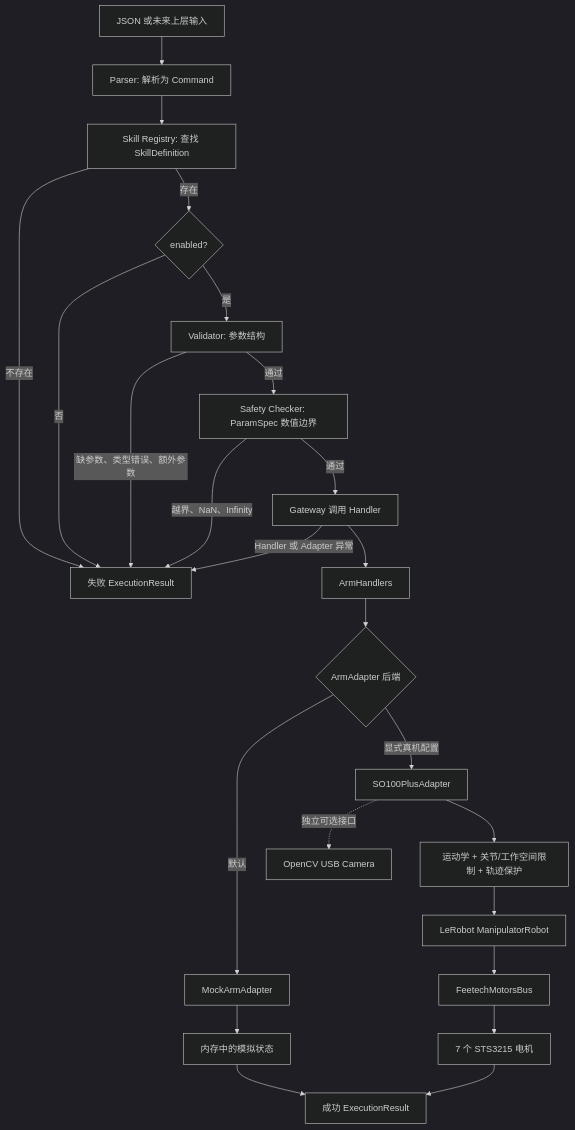
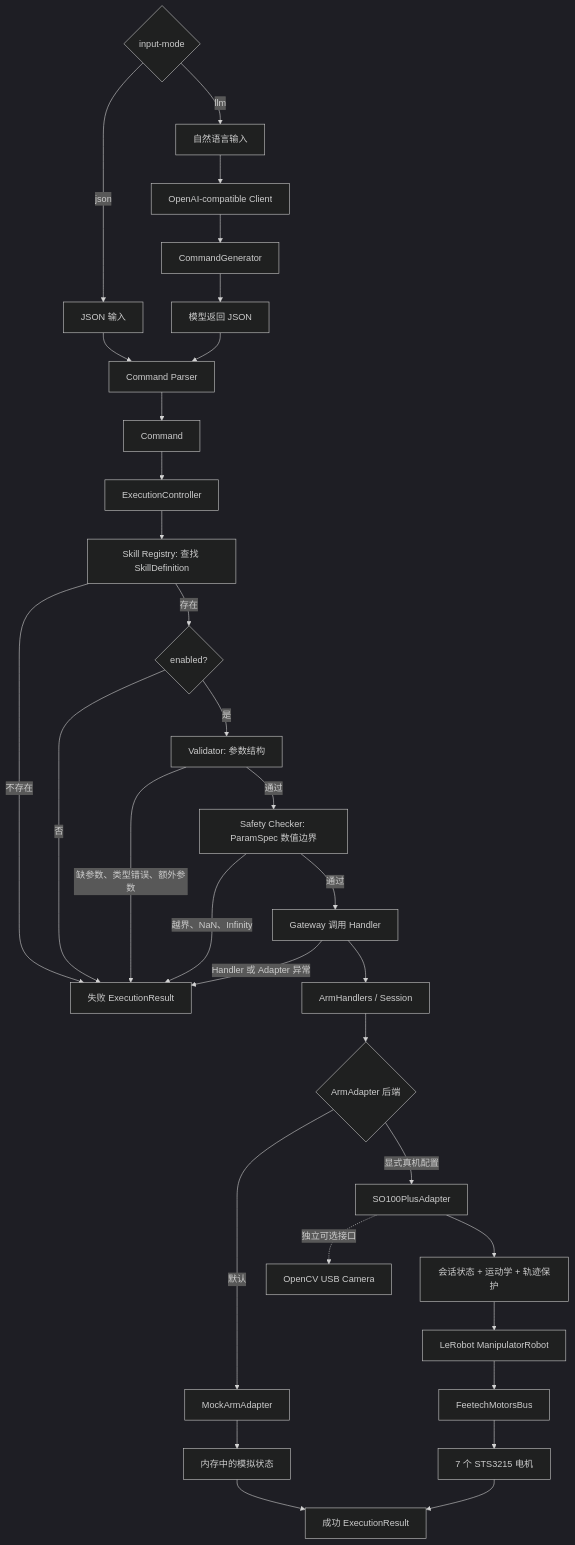
One commit to Alex-Lucifer-L/ros-claw changed the diagram in README.md. Above: the diagram before and after it, drawn with Mermaid (dark theme). The commit also changed other lines of this file, not shown here.

````diff
--- a/README.md
+++ b/README.md
@@ -208,33 +334,42 @@
 ```mermaid
 flowchart TD
-    A[JSON 或未来上层输入] --> B[Parser: 解析为 Command]
-    B --> C[Skill Registry: 查找 SkillDefinition]
+    A{input-mode}
+    A -->|json| B[JSON 输入]
+    A -->|llm| C[自然语言输入]
+    C --> D[OpenAI-compatible Client]
+    D --> E[CommandGenerator]
+    E --> F[模型返回 JSON]
+    B --> G[Command Parser]
+    F --> G
+    G --> H[Command]
+    H --> I[ExecutionController]
+    I --> J[Skill Registry: 查找 SkillDefinition]
 
-    C -->|不存在| X[失败 ExecutionResult]
-    C -->|存在| D{enabled?}
-    D -->|否| X
-    D -->|是| E[Validator: 参数结构]
+    J -->|不存在| X[失败 ExecutionResult]
+    J -->|存在| K{enabled?}
+    K -->|否| X
+    K -->|是| L[Validator: 参数结构]
 
-    E -->|缺参数、类型错误、额外参数| X
-    E -->|通过| F[Safety Checker: ParamSpec 数值边界]
-    F -->|越界、NaN、Infinity| X
-    F -->|通过| G[Gateway 调用 Handler]
+    L -->|缺参数、类型错误、额外参数| X
+    L -->|通过| M[Safety Checker: ParamSpec 数值边界]
+    M -->|越界、NaN、Infinity| X
+    M -->|通过| N[Gateway 调用 Handler]
 
-    G --> H[ArmHandlers]
-    H --> I{ArmAdapter 后端}
+    N --> O[ArmHandlers / Session]
+    O --> P{ArmAdapter 后端}
 
-    I -->|默认| J[MockArmAdapter]
-    I -->|显式真机配置| K[SO100PlusAdapter]
+    P -->|默认| Q[MockArmAdapter]
+    P -->|显式真机配置| R[SO100PlusAdapter]
 
-    J --> L[内存中的模拟状态]
-    K --> M[运动学 + 关节/工作空间限制 + 轨迹保护]
-    M --> N[LeRobot ManipulatorRobot]
-    N --> O[FeetechMotorsBus]
-    O --> P[7 个 STS3215 电机]
+    Q --> S[内存中的模拟状态]
+    R --> T[会话状态 + 运动学 + 轨迹保护]
+    T --> U[LeRobot ManipulatorRobot]
+    U --> V[FeetechMotorsBus]
+    V --> W[7 个 STS3215 电机]
 
-    K -. 独立可选接口 .-> Q[OpenCV USB Camera]
+    R -. 独立可选接口 .-> CAMERA[OpenCV USB Camera]
 
-    L --> Y[成功 ExecutionResult]
-    P --> Y
-    G -->|Handler 或 Adapter 异常| X
+    S --> Y[成功 ExecutionResult]
+    W --> Y
+    N -->|Handler 或 Adapter 异常| X
 ```
````
